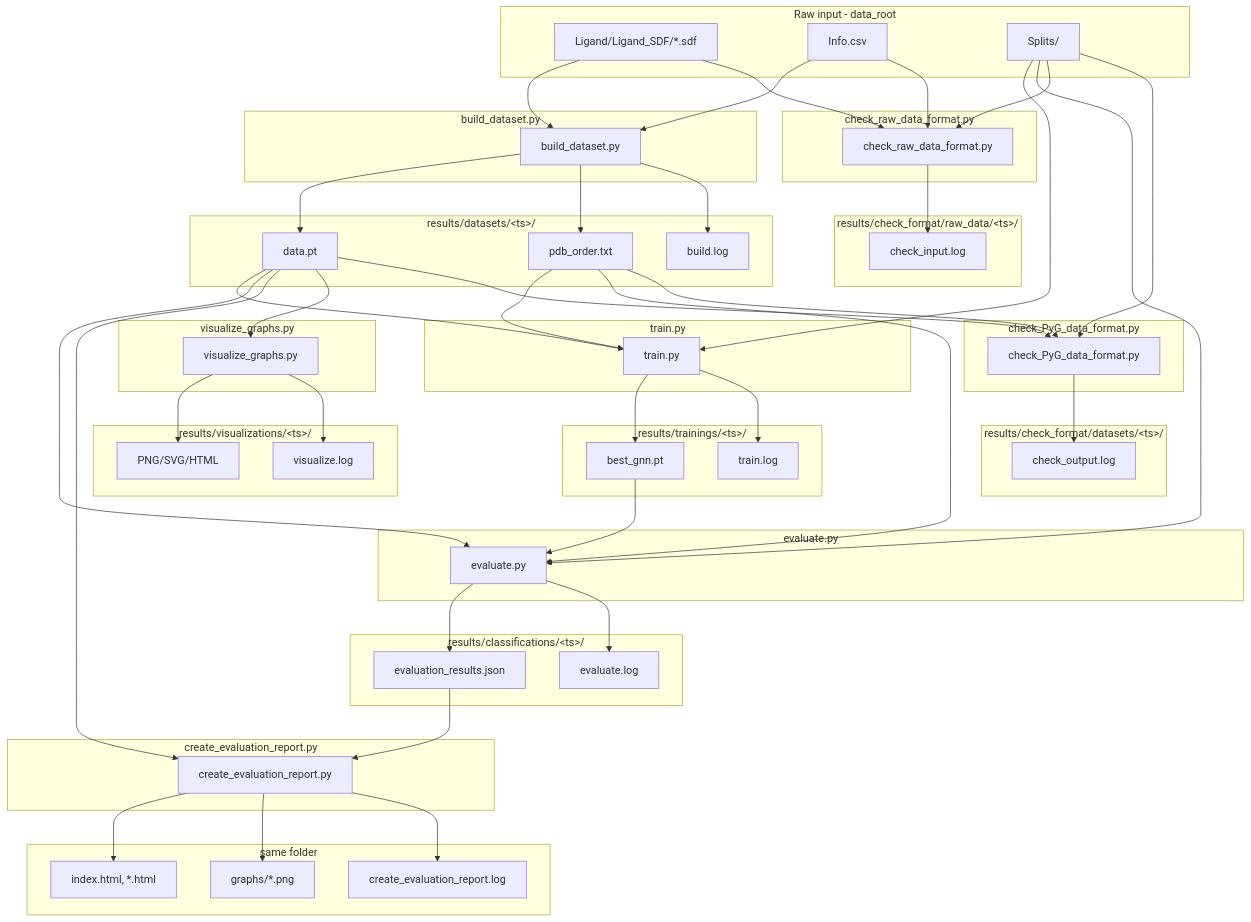
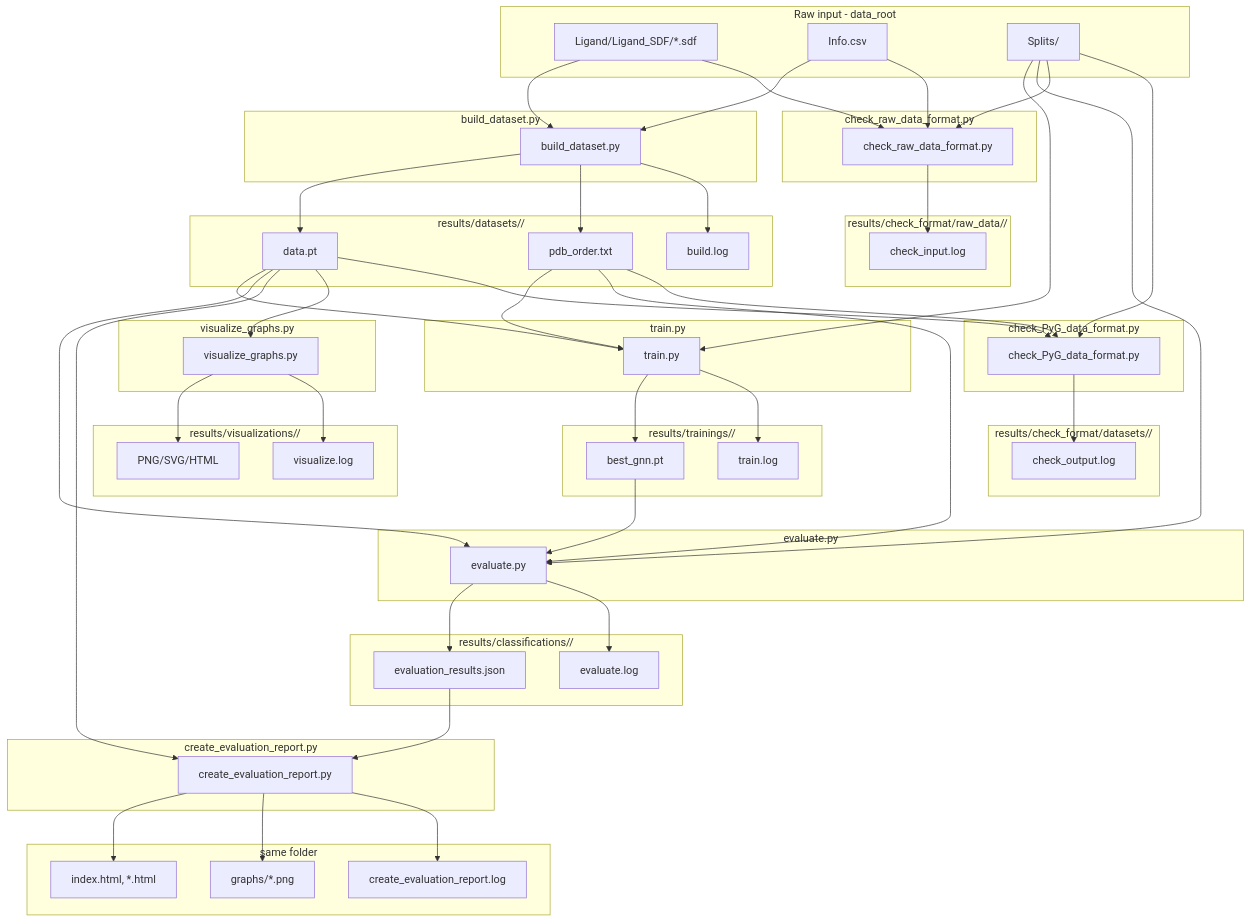
Before and after one commit to mananoreboton/mrpov3_gine_explainers: the first of 2 diagrams in mprov3_gine/README.md, drawn with Mermaid. The commit also changed other lines of this file and 5 other files, not shown here.

```diff
--- a/mprov3_gine/README.md
+++ b/mprov3_gine/README.md
@@ -22,7 +22,7 @@
         BuildCLI[build_dataset.py]
     end
 
-    subgraph out_datasets [results/datasets/&lt;ts&gt;/]
+    subgraph out_datasets [results/datasets/<ts>/]
         DataPT[data.pt]
         PdbOrder[pdb_order.txt]
         BuildLog[build.log]
@@ -32,7 +32,7 @@
         TrainCLI[train.py]
     end
 
-    subgraph out_trainings [results/trainings/&lt;ts&gt;/]
+    subgraph out_trainings [results/trainings/<ts>/]
         BestCkpt[best_gnn.pt]
         TrainLog[train.log]
     end
@@ -41,7 +41,7 @@
         EvalCLI[evaluate.py]
     end
 
-    subgraph out_classifications [results/classifications/&lt;ts&gt;/]
+    subgraph out_classifications [results/classifications/<ts>/]
         EvalJSON[evaluation_results.json]
         EvalLog[evaluate.log]
     end
@@ -60,7 +60,7 @@
         VizCLI[visualize_graphs.py]
     end
 
-    subgraph out_viz [results/visualizations/&lt;ts&gt;/]
+    subgraph out_viz [results/visualizations/<ts>/]
         VizPNG[PNG/SVG/HTML]
         VizLog[visualize.log]
     end
@@ -69,7 +69,7 @@
         CheckInCLI[check_raw_data_format.py]
     end
 
-    subgraph out_check_raw [results/check_format/raw_data/&lt;ts&gt;/]
+    subgraph out_check_raw [results/check_format/raw_data/<ts>/]
         CheckInLog[check_input.log]
     end
 
@@ -77,7 +77,7 @@
         CheckOutCLI[check_PyG_data_format.py]
     end
 
-    subgraph out_check_ds [results/check_format/datasets/&lt;ts&gt;/]
+    subgraph out_check_ds [results/check_format/datasets/<ts>/]
         CheckOutLog[check_output.log]
     end
 
```
